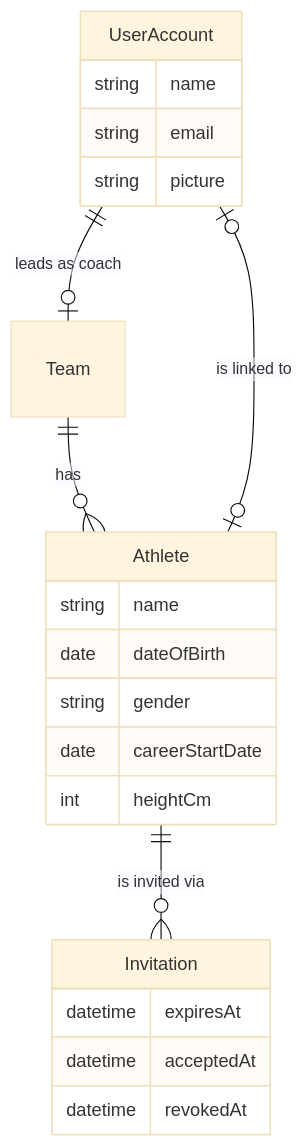
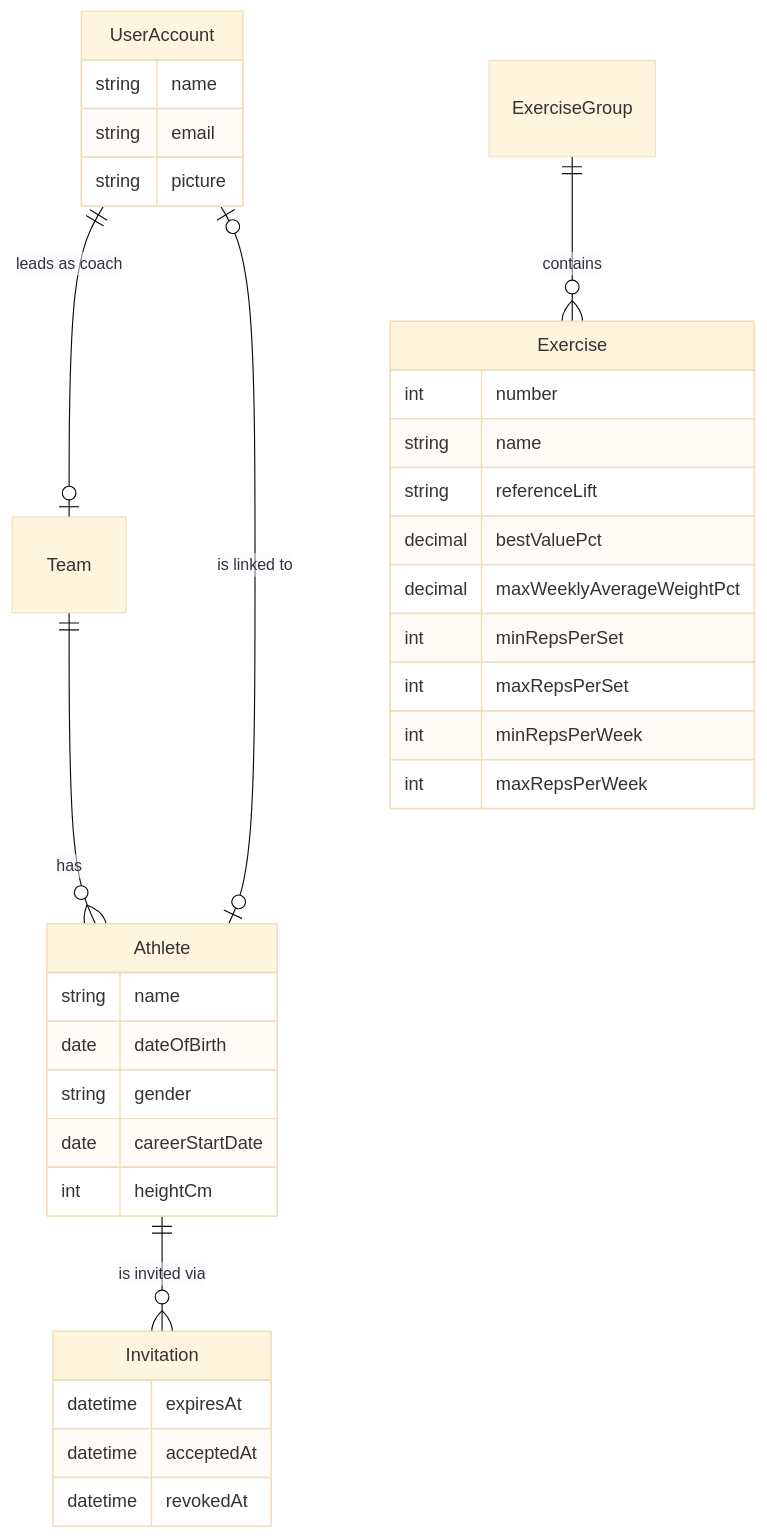
One commit to simonwesthoff/cool changed the diagram in openspec/domain-model.md. Above: the diagram before and after it, drawn with Mermaid (base theme). The commit also changed other lines of this file and 43 other files, not shown here.

````diff
--- a/openspec/domain-model.md
+++ b/openspec/domain-model.md
@@ -18,24 +18,36 @@
 ```mermaid
 erDiagram
     UserAccount ||--o| Team : "leads as coach"
     Team ||--o{ Athlete : "has"
     UserAccount |o--o| Athlete : "is linked to"
     Athlete ||--o{ Invitation : "is invited via"
     UserAccount {
         string name
         string email
         string picture
     }
     Athlete {
         string name
         date dateOfBirth
         string gender
         date careerStartDate
         int heightCm
     }
     Invitation {
         datetime expiresAt
         datetime acceptedAt
         datetime revokedAt
     }
+    ExerciseGroup ||--o{ Exercise : "contains"
+    Exercise {
+        int number
+        string name
+        string referenceLift
+        decimal bestValuePct
+        decimal maxWeeklyAverageWeightPct
+        int minRepsPerSet
+        int maxRepsPerSet
+        int minRepsPerWeek
+        int maxRepsPerWeek
+    }
 ```
````
